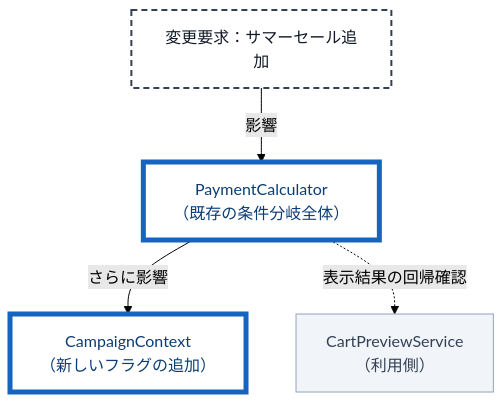
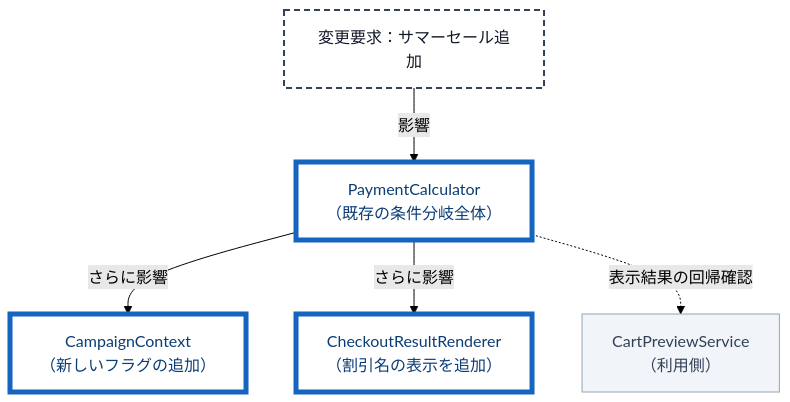
One commit to kumachan1101-pixel/DesignPattern changed the sixth of 14 diagrams in kindle/design-patterns/books/volume01-core-patterns/output/03-chapter01.md. Above: the diagram before and after it, drawn with Mermaid (forest theme). The commit also changed other lines of this file and 1 other file, not shown here.

````diff
--- a/kindle/design-patterns/books/volume01-core-patterns/output/03-chapter01.md
+++ b/kindle/design-patterns/books/volume01-core-patterns/output/03-chapter01.md
@@ -1252,11 +1252,12 @@
 ```mermaid
 graph TD
     T1["変更要求：サマーセール追加"]:::req
         -->|影響| A["PaymentCalculator<br>（既存の条件分岐全体）"]:::touched
     A -->|さらに影響| B["CampaignContext<br>（新しいフラグの追加）"]:::touched
+    A -->|さらに影響| D["CheckoutResultRenderer<br>（割引名の表示を追加）"]:::touched
     A -.->|表示結果の回帰確認| C["CartPreviewService<br>（利用側）"]:::keep
 
     classDef req fill:#ffffff,stroke:#334155,stroke-width:2px,stroke-dasharray:6 4,color:#111827;
     classDef keep fill:#f1f5f9,stroke:#94a3b8,color:#334155;
     classDef touched fill:#ffffff,stroke:#1565c0,stroke-width:5px,color:#0b3d76;
 ```
````
